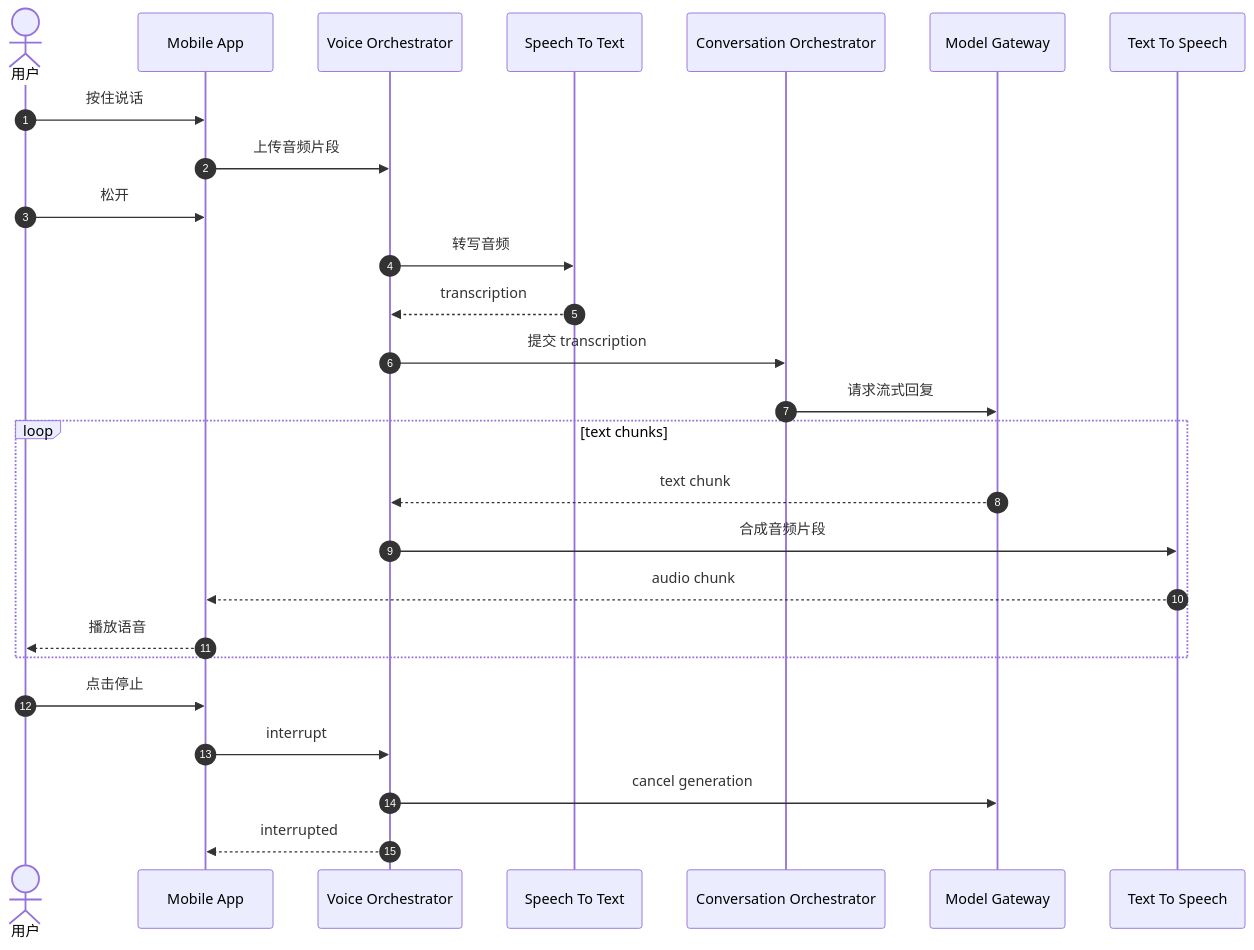
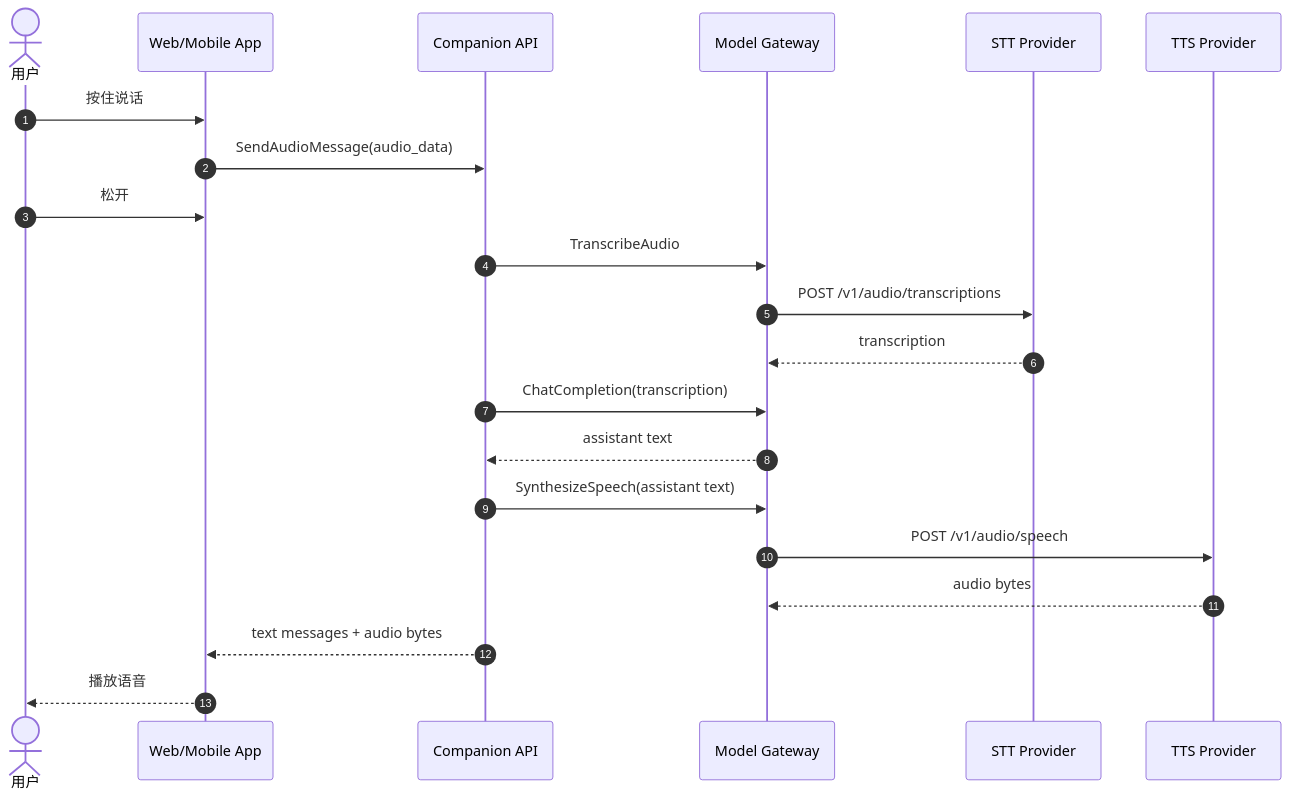
The seventh of 7 diagrams in docs/uml.md (gaoyong06/companion-service), drawn with Mermaid before and after one commit. The commit also changed other lines of this file and 29 other files, not shown here.

First line of the commit message:
Add audio messaging capabilities to companion service

````diff
--- a/docs/uml.md
+++ b/docs/uml.md
@@ -170,29 +170,24 @@
 ```mermaid
 sequenceDiagram
     autonumber
     actor User as 用户
-    participant App as Mobile App
-    participant Voice as Voice Orchestrator
-    participant STT as Speech To Text
-    participant Chat as Conversation Orchestrator
+    participant App as Web/Mobile App
+    participant Companion as Companion API
     participant Model as Model Gateway
-    participant TTS as Text To Speech
+    participant STT as STT Provider
+    participant TTS as TTS Provider
 
     User->>App: 按住说话
-    App->>Voice: 上传音频片段
+    App->>Companion: SendAudioMessage(audio_data)
     User->>App: 松开
-    Voice->>STT: 转写音频
-    STT-->>Voice: transcription
-    Voice->>Chat: 提交 transcription
-    Chat->>Model: 请求流式回复
-    loop text chunks
-        Model-->>Voice: text chunk
-        Voice->>TTS: 合成音频片段
-        TTS-->>App: audio chunk
-        App-->>User: 播放语音
-    end
-    User->>App: 点击停止
-    App->>Voice: interrupt
-    Voice->>Model: cancel generation
-    Voice-->>App: interrupted
+    Companion->>Model: TranscribeAudio
+    Model->>STT: POST /v1/audio/transcriptions
+    STT-->>Model: transcription
+    Companion->>Model: ChatCompletion(transcription)
+    Model-->>Companion: assistant text
+    Companion->>Model: SynthesizeSpeech(assistant text)
+    Model->>TTS: POST /v1/audio/speech
+    TTS-->>Model: audio bytes
+    Companion-->>App: text messages + audio bytes
+    App-->>User: 播放语音
 ```
````
